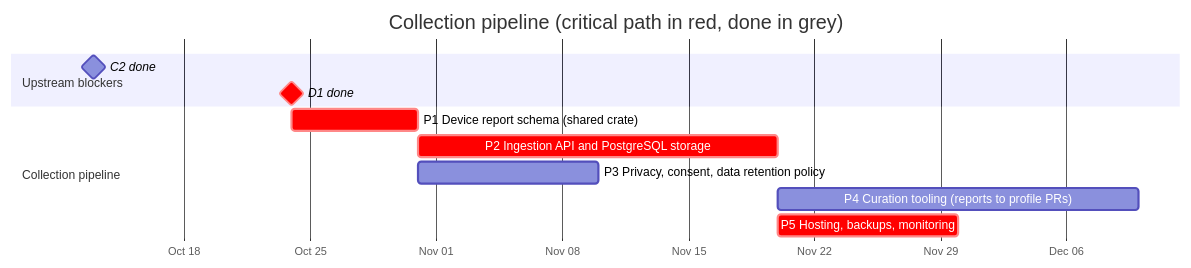
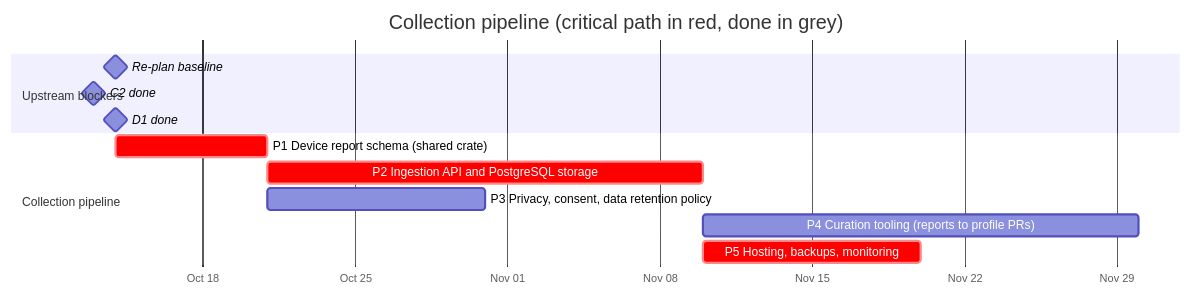
One commit to anygamepad/anygamepad.github.io changed the diagram in ROADMAP/2026-10-14/03-collection-pipeline.md. Above: the diagram before and after it, drawn with Mermaid. The commit also changed other lines of this file and 35 other files, not shown here.

First line of the commit message:
D1, D2: device profile format, JSON Schema and SDL GameControllerDB importer; tester theme switch (#8)

````diff
--- a/ROADMAP/2026-10-14/03-collection-pipeline.md
+++ b/ROADMAP/2026-10-14/03-collection-pipeline.md
@@ -8,15 +8,16 @@
 ```mermaid
 gantt
     dateFormat YYYY-MM-DD
     axisFormat %b %d
     title Collection pipeline (critical path in red, done in grey)
     section Upstream blockers
+    Re-plan baseline :milestone, t0, 2026-10-14, 0d
     C2 done :milestone, c2, 2026-10-13, 0d
-    D1 done :milestone, crit, d1, 2026-10-24, 0d
+    D1 done :milestone, d1, 2026-10-14, 0d
     section Collection pipeline
-    P1 Device report schema (shared crate) :crit, p1, after c2 d1, 7d
+    P1 Device report schema (shared crate) :crit, p1, after c2 d1 t0, 7d
     P2 Ingestion API and PostgreSQL storage :crit, p2, after p1, 20d
     P3 Privacy, consent, data retention policy :p3, after p1, 10d
     P4 Curation tooling (reports to profile PRs) :p4, after p2 d1, 20d
     P5 Hosting, backups, monitoring :crit, p5, after p2, 10d
 ```
````
